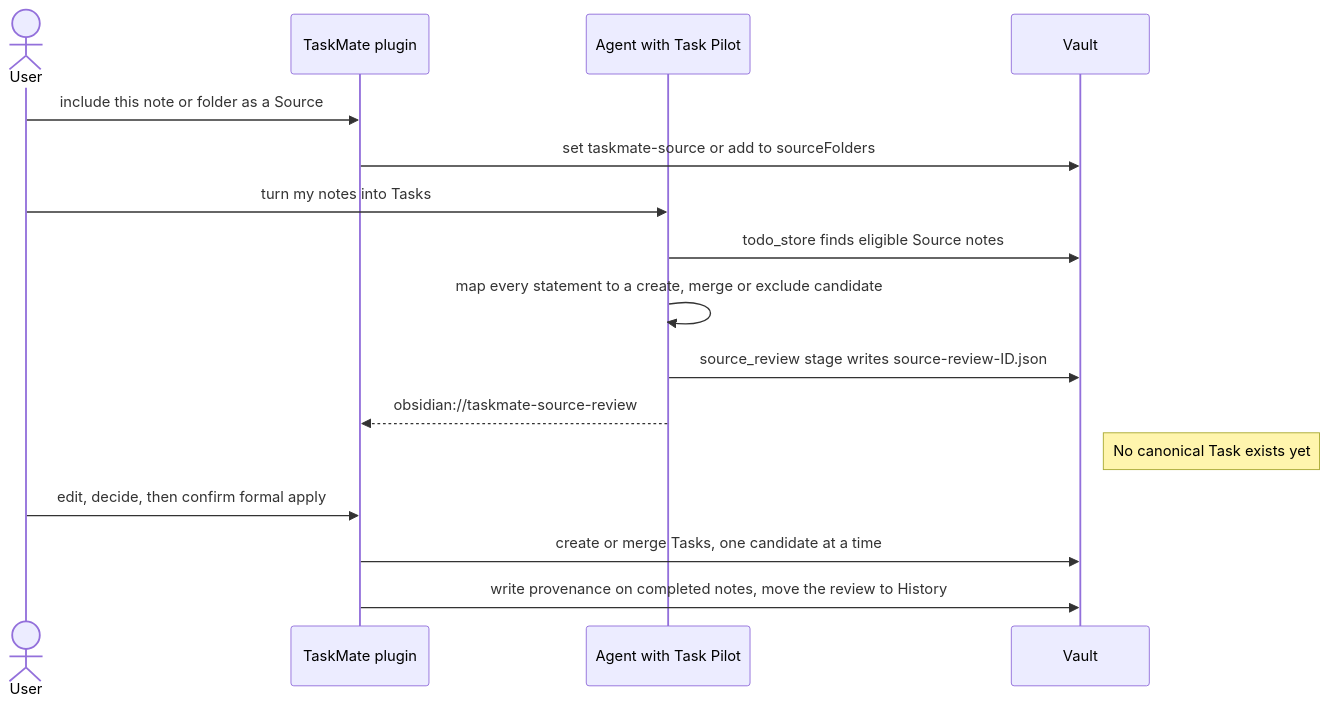
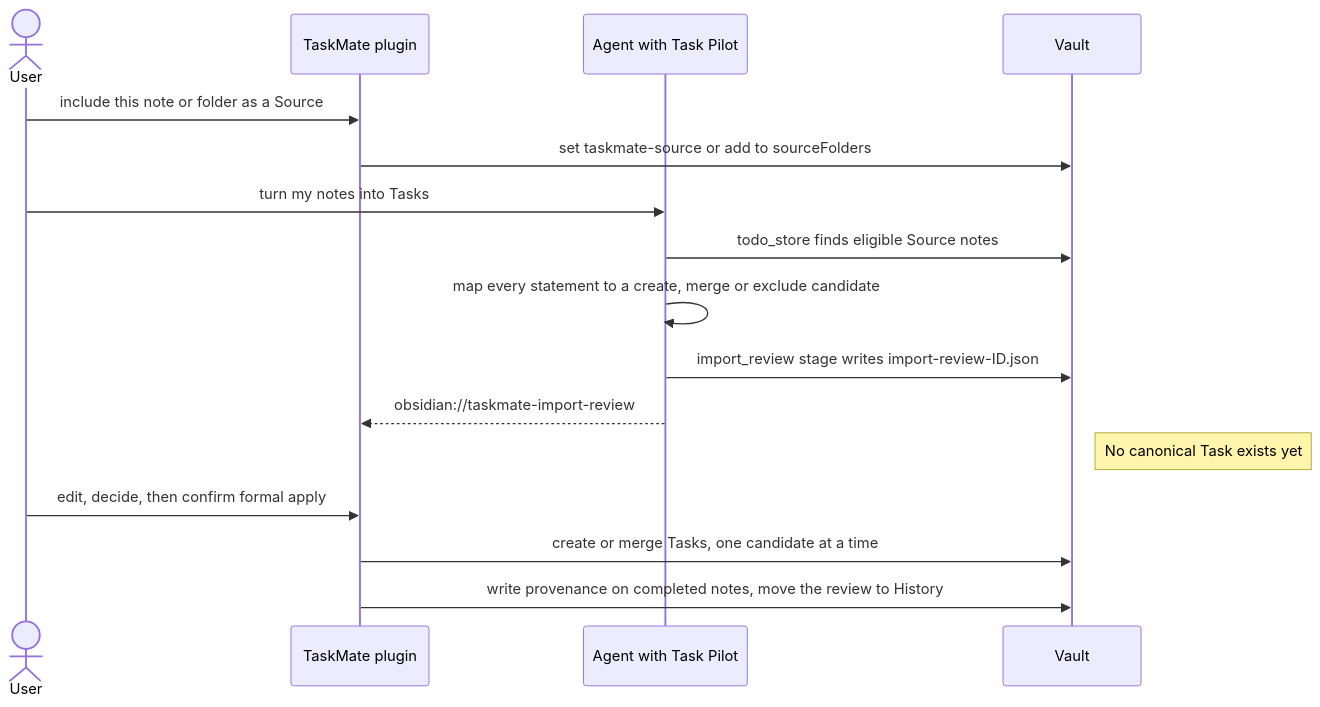
The ninth of 9 diagrams in docs/engineering/design/system-overview.md (tempu-village/taskmate), drawn with Mermaid before and after one commit. The commit also changed other lines of this file and 55 other files, not shown here.

First line of the commit message:
Rename the Source candidate review to Import review

````diff
--- a/docs/engineering/design/system-overview.md
+++ b/docs/engineering/design/system-overview.md
@@ -528,19 +528,19 @@
 ```mermaid
 sequenceDiagram
   actor User
   participant Plugin as TaskMate plugin
   participant Agent as Agent with Task Pilot
   participant Vault
 
   User->>Plugin: include this note or folder as a Source
   Plugin->>Vault: set taskmate-source or add to sourceFolders
   User->>Agent: turn my notes into Tasks
   Agent->>Vault: todo_store finds eligible Source notes
   Agent->>Agent: map every statement to a create, merge or exclude candidate
-  Agent->>Vault: source_review stage writes source-review-ID.json
-  Agent-->>Plugin: obsidian://taskmate-source-review
+  Agent->>Vault: import_review stage writes import-review-ID.json
+  Agent-->>Plugin: obsidian://taskmate-import-review
   Note right of Vault: No canonical Task exists yet
   User->>Plugin: edit, decide, then confirm formal apply
   Plugin->>Vault: create or merge Tasks, one candidate at a time
   Plugin->>Vault: write provenance on completed notes, move the review to History
 ```
````
